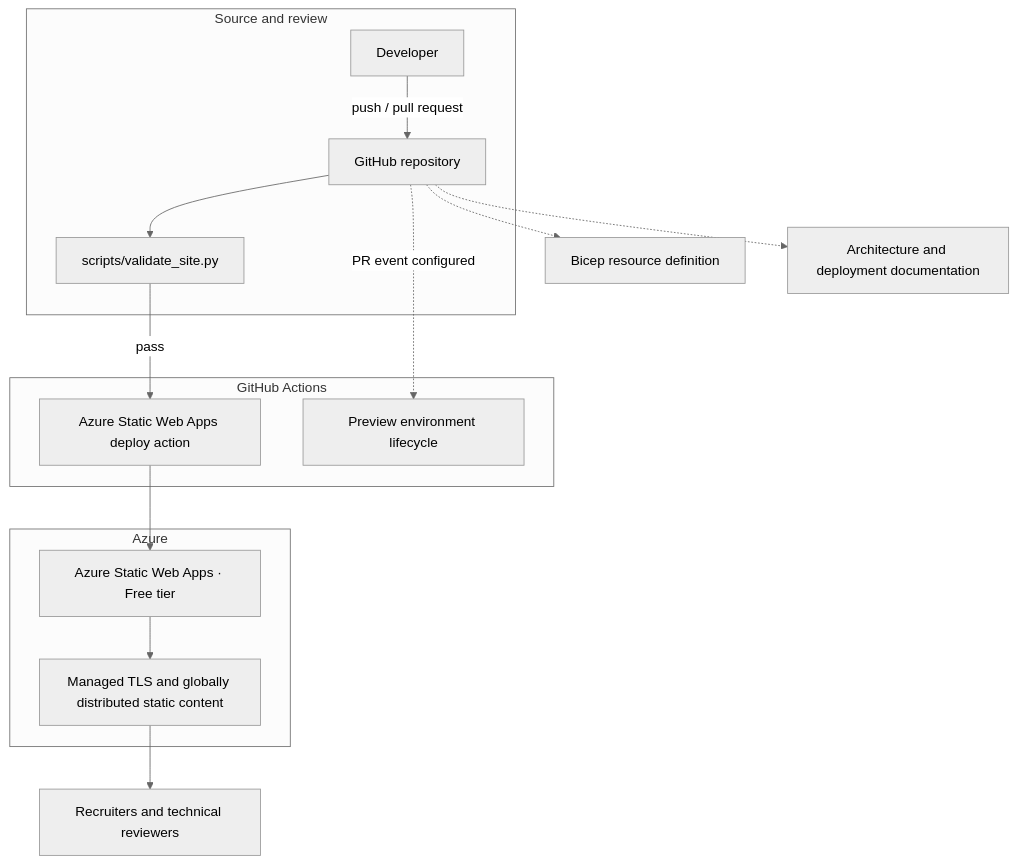
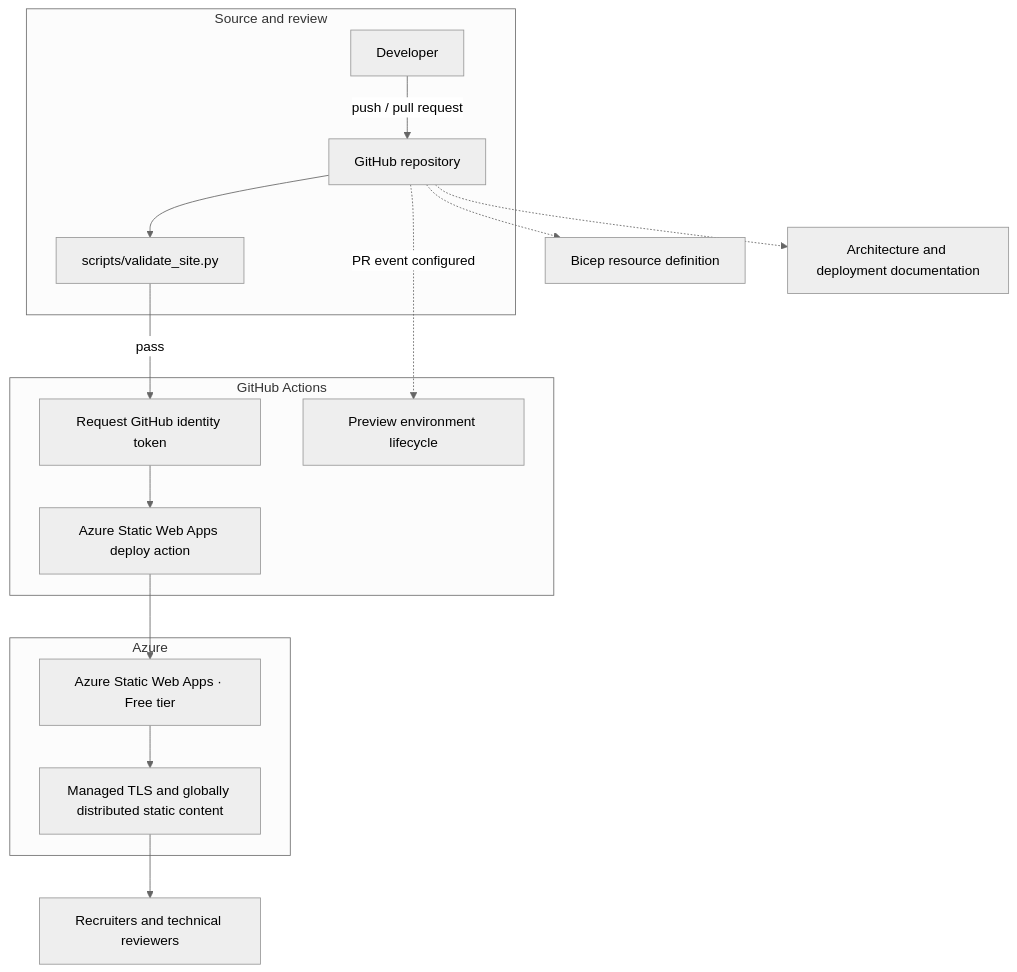
One commit to yossefseit/yossefseit.github.io changed the diagram in docs/architecture.md. Above: the diagram before and after it, drawn with Mermaid (neutral theme). The commit also changed other lines of this file, not shown here.

Commit message:
Document Azure action metadata limitation

````diff
--- a/docs/architecture.md
+++ b/docs/architecture.md
@@ -12,21 +12,22 @@
 ```mermaid
 flowchart TD
     subgraph Source["Source and review"]
         Developer["Developer"] -->|"push / pull request"| Repository["GitHub repository"]
         Repository --> Validator["scripts/validate_site.py"]
     end
 
     subgraph Delivery["GitHub Actions"]
-        Validator -->|"pass"| Upload["Azure Static Web Apps deploy action"]
+        Validator -->|"pass"| Identity["Request GitHub identity token"]
+        Identity --> Upload["Azure Static Web Apps deploy action"]
         Repository -.->|"PR event configured"| Preview["Preview environment lifecycle"]
     end
 
     subgraph Azure["Azure"]
         Upload --> SWA["Azure Static Web Apps · Free tier"]
         SWA --> Edge["Managed TLS and globally distributed static content"]
     end
 
     Edge --> Visitors["Recruiters and technical reviewers"]
     Repository -.-> IaC["Bicep resource definition"]
     Repository -.-> Runbooks["Architecture and deployment documentation"]
 ```
````
